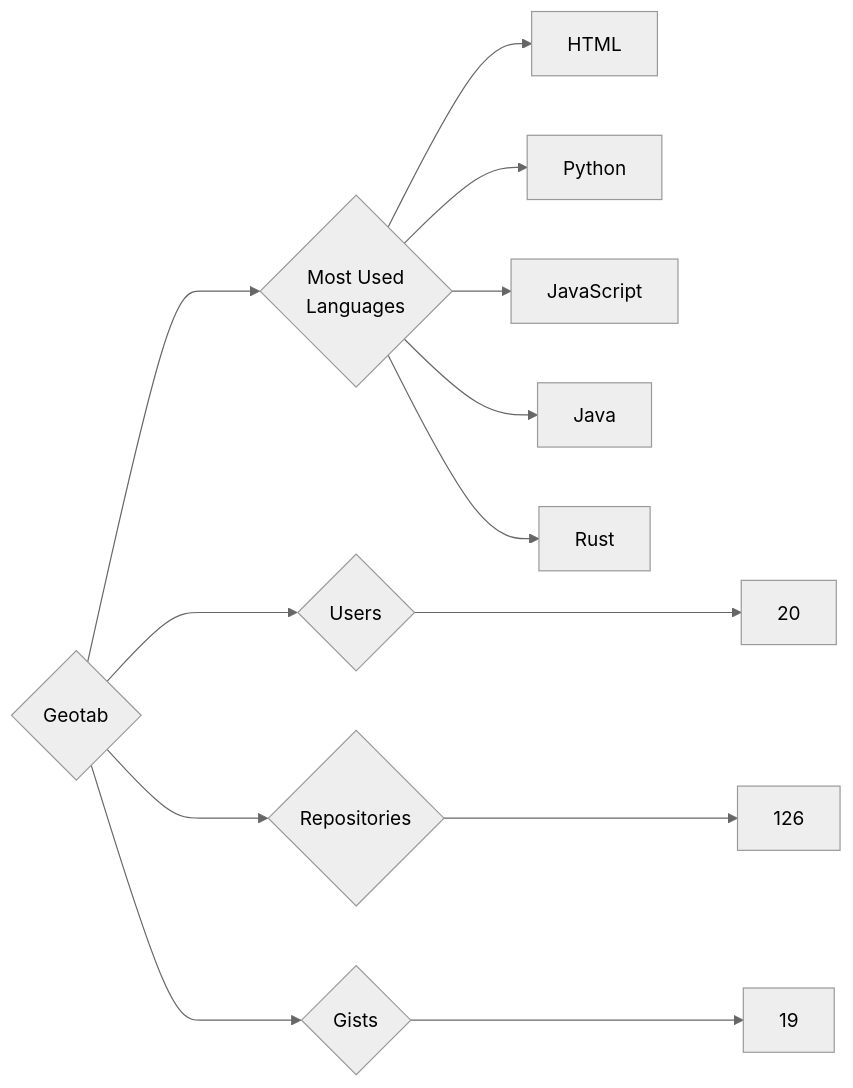
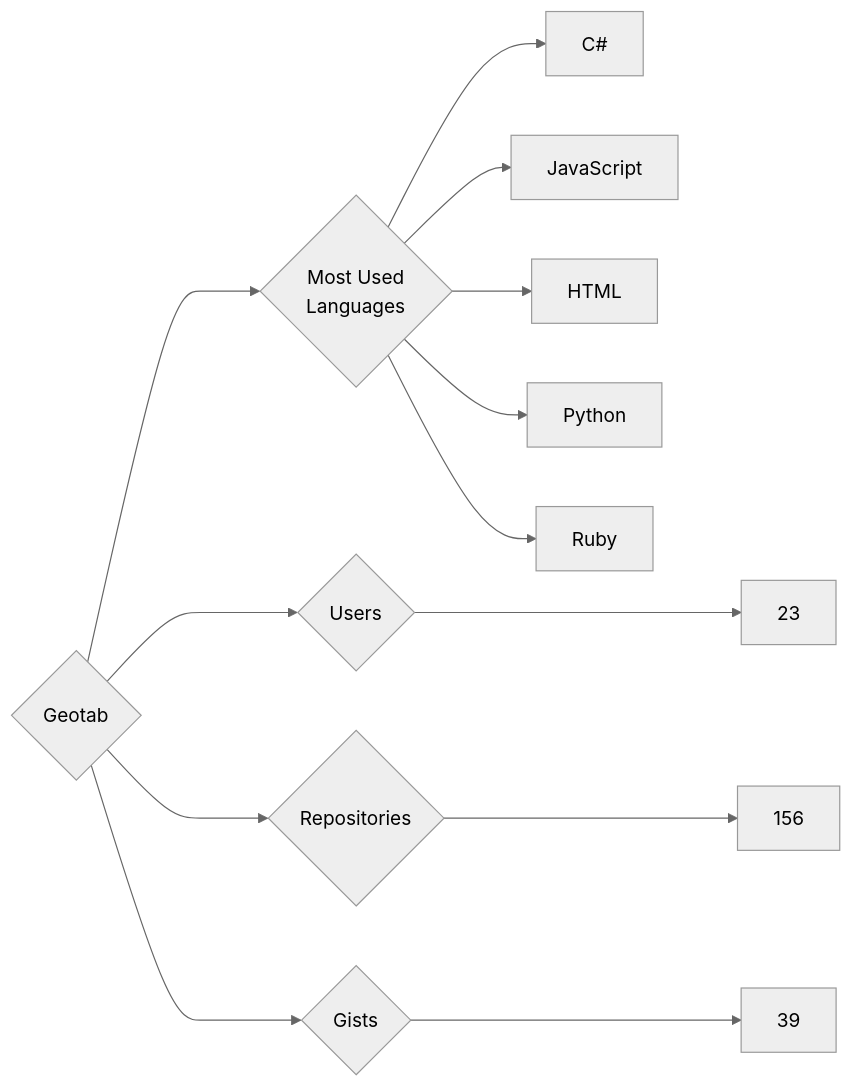
The diagram in targets/Geotab/README.md (trickest/insiders), drawn with Mermaid (neutral theme) before and after one commit. The commit also changed 882 other files, not shown here.

````diff
--- a/targets/Geotab/README.md
+++ b/targets/Geotab/README.md
@@ -3,13 +3,13 @@
 ```mermaid
 graph LR
 COMPANY_NAME{Geotab}
-COMPANY_NAME ---> U{Users} ---> UN[20]
-COMPANY_NAME ---> R{Repositories} ---> RN[126]
-COMPANY_NAME ---> G{Gists} ---> GN[19]
+COMPANY_NAME ---> U{Users} ---> UN[23]
+COMPANY_NAME ---> R{Repositories} ---> RN[156]
+COMPANY_NAME ---> G{Gists} ---> GN[39]
 COMPANY_NAME ---> ML{Most Used<br>Languages}
+ML --> C#[C#]
+ML --> JavaScript[JavaScript]
 ML --> HTML[HTML]
 ML --> Python[Python]
-ML --> JavaScript[JavaScript]
-ML --> Java[Java]
-ML --> Rust[Rust]
+ML --> Ruby[Ruby]
 ```
````
